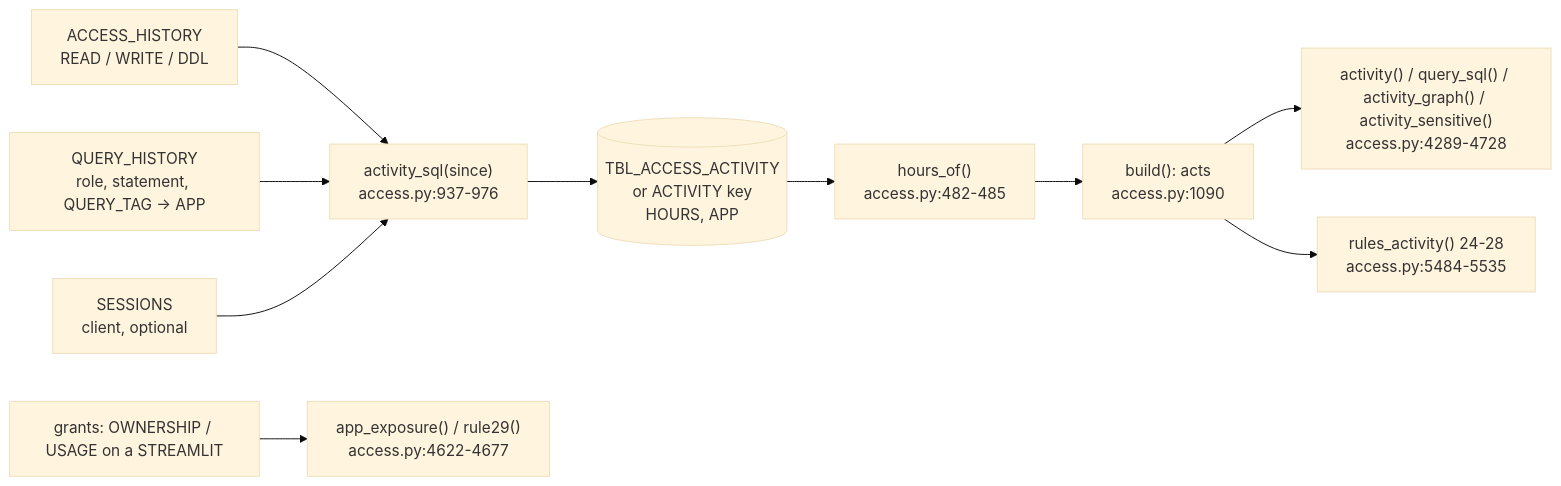
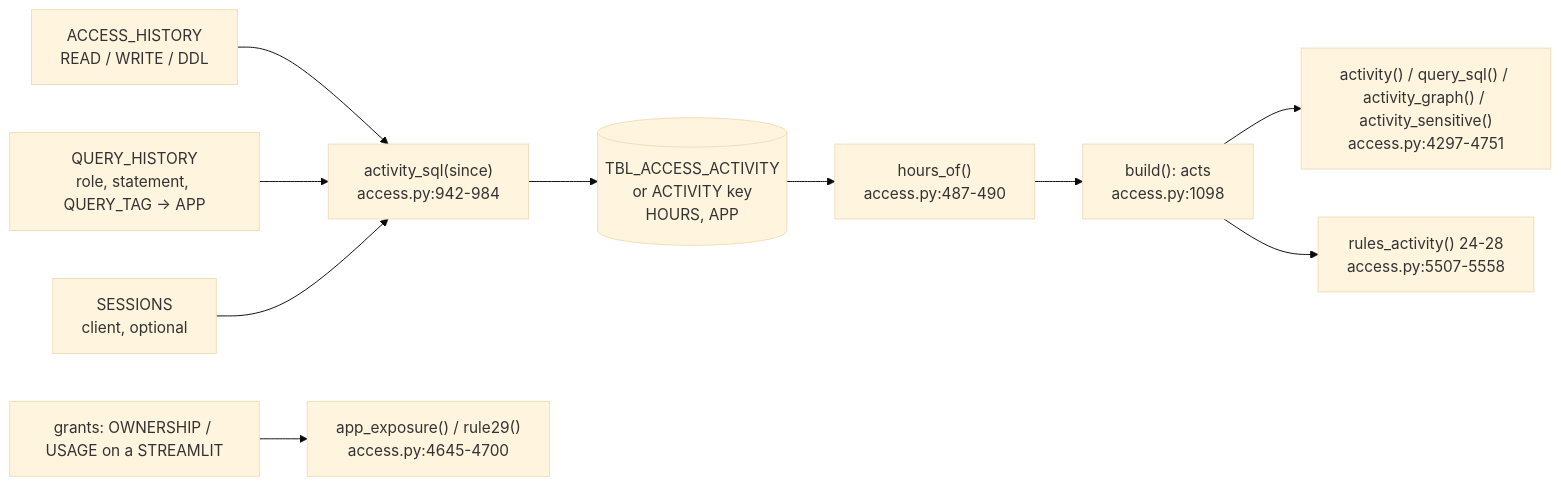
One commit to darshanmeel/snowflake-access-explorer changed the diagram in snowflake-access-explorer-knowledge-graph/logic/activity.md. Above: the diagram before and after it, drawn with Mermaid (base theme). The commit also changed other lines of this file and 73 other files, not shown here.

Commit message:
Knowledge graph: review fixes (escaped SQL names, CSV head rows, own queries out in Snowflake, UTC window, snapshot re-read, answer cache, docs)

````diff
--- a/snowflake-access-explorer-knowledge-graph/logic/activity.md
+++ b/snowflake-access-explorer-knowledge-graph/logic/activity.md
@@ -6,12 +6,12 @@
 ```mermaid
 flowchart LR
-  AH[ACCESS_HISTORY<br/>READ / WRITE / DDL] --> SQLA["activity_sql(since)<br/>access.py:937-976"]
+  AH[ACCESS_HISTORY<br/>READ / WRITE / DDL] --> SQLA["activity_sql(since)<br/>access.py:942-984"]
   QH[QUERY_HISTORY<br/>role, statement, QUERY_TAG -> APP] --> SQLA
   SE[SESSIONS<br/>client, optional] --> SQLA
   SQLA --> T[(TBL_ACCESS_ACTIVITY<br/>or ACTIVITY key<br/>HOURS, APP)]
-  T --> HO["hours_of()<br/>access.py:482-485"]
-  HO --> ACTS["build(): acts<br/>access.py:1090"]
-  ACTS --> TAB["activity() / query_sql() / activity_graph() / activity_sensitive()<br/>access.py:4289-4728"]
-  ACTS --> R["rules_activity() 24-28<br/>access.py:5484-5535"]
-  G[grants: OWNERSHIP / USAGE on a STREAMLIT] --> AX["app_exposure() / rule29()<br/>access.py:4622-4677"]
+  T --> HO["hours_of()<br/>access.py:487-490"]
+  HO --> ACTS["build(): acts<br/>access.py:1098"]
+  ACTS --> TAB["activity() / query_sql() / activity_graph() / activity_sensitive()<br/>access.py:4297-4751"]
+  ACTS --> R["rules_activity() 24-28<br/>access.py:5507-5558"]
+  G[grants: OWNERSHIP / USAGE on a STREAMLIT] --> AX["app_exposure() / rule29()<br/>access.py:4645-4700"]
 ```
````
